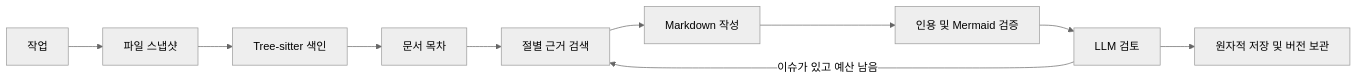
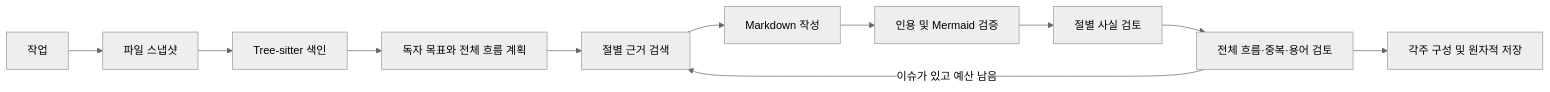
One commit to letspurify-ux/DocCraftAgent changed the diagram in docs/architecture.md. Above: the diagram before and after it, drawn with Mermaid (neutral theme). The commit also changed other lines of this file and 34 other files, not shown here.

````diff
--- a/docs/architecture.md
+++ b/docs/architecture.md
@@ -7,12 +7,13 @@
 ```mermaid
 flowchart LR
  A[작업] --> B[파일 스냅샷]
  B --> C[Tree-sitter 색인]
- C --> D[문서 목차]
+ C --> D[독자 목표와 전체 흐름 계획]
  D --> E[절별 근거 검색]
  E --> F[Markdown 작성]
  F --> G[인용 및 Mermaid 검증]
- G --> H[LLM 검토]
- H -->|이슈가 있고 예산 남음| E
- H --> I[원자적 저장 및 버전 보관]
+ G --> H[절별 사실 검토]
+ H --> J[전체 흐름·중복·용어 검토]
+ J -->|이슈가 있고 예산 남음| E
+ J --> I[각주 구성 및 원자적 저장]
 ```
````
